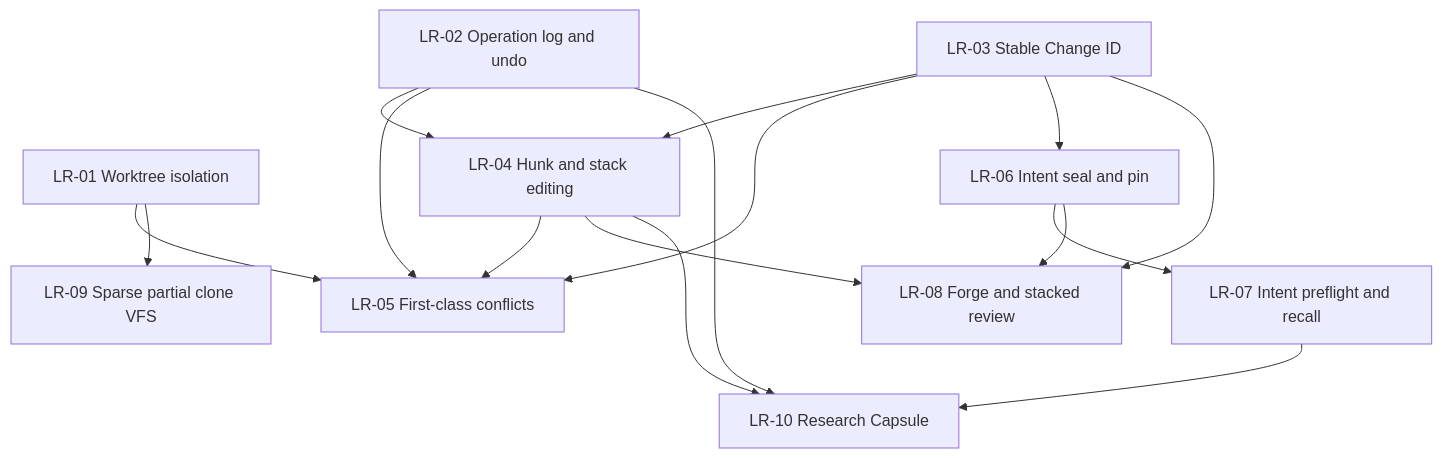
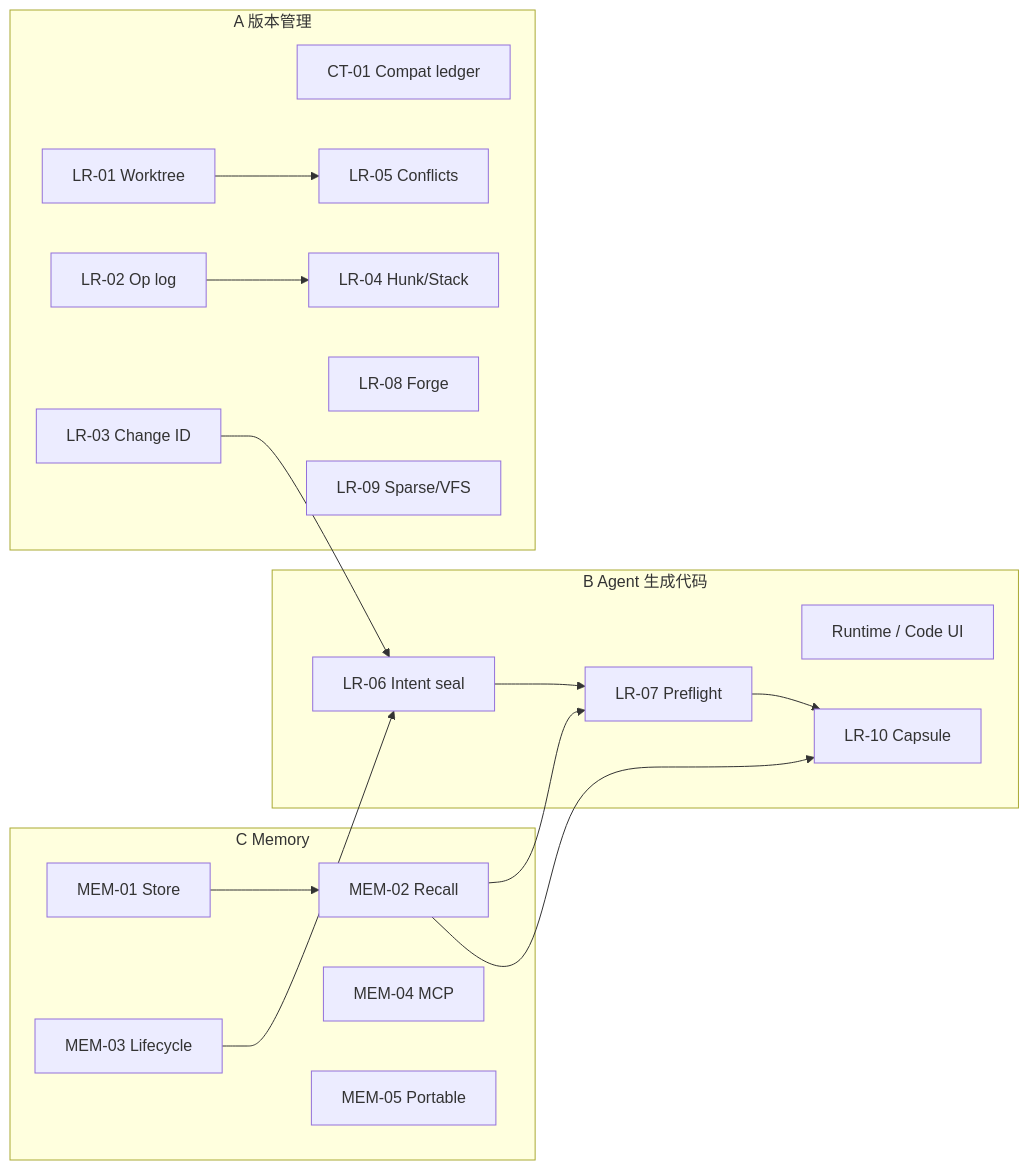
The diagram in docs/development/plan/plan-long.md (jjl9807/libra), drawn with Mermaid before and after one commit. The commit also changed other lines of this file, not shown here.

First line of the commit message:
docs(plan): restructure plan-long into VCS, agent codegen, and memory

````diff
--- a/docs/development/plan/plan-long.md
+++ b/docs/development/plan/plan-long.md
@@ -1086,29 +108,35 @@
 ```mermaid
-flowchart TD
-    LR01[LR-01 Worktree isolation]
-    LR02[LR-02 Operation log and undo]
-    LR03[LR-03 Stable Change ID]
-    LR04[LR-04 Hunk and stack editing]
-    LR05[LR-05 First-class conflicts]
-    LR06[LR-06 Intent seal and pin]
-    LR07[LR-07 Intent preflight and recall]
-    LR08[LR-08 Forge and stacked review]
-    LR09[LR-09 Sparse partial clone VFS]
-    LR10[LR-10 Research Capsule]
-
-    LR01 --> LR05
-    LR02 --> LR04
-    LR02 --> LR05
-    LR02 --> LR10
-    LR03 --> LR04
-    LR03 --> LR05
-    LR03 --> LR06
-    LR03 --> LR08
-    LR04 --> LR05
-    LR04 --> LR08
-    LR04 --> LR10
-    LR06 --> LR07
-    LR06 --> LR08
-    LR07 --> LR10
-    LR01 --> LR09
+flowchart LR
+  subgraph VCS[A 版本管理]
+    CT01[CT-01 Compat ledger]
+    LR01[LR-01 Worktree]
+    LR02[LR-02 Op log]
+    LR03[LR-03 Change ID]
+    LR04[LR-04 Hunk/Stack]
+    LR05[LR-05 Conflicts]
+    LR08[LR-08 Forge]
+    LR09[LR-09 Sparse/VFS]
+  end
+  subgraph AG[B Agent 生成代码]
+    LR06[LR-06 Intent seal]
+    LR07[LR-07 Preflight]
+    RT[Runtime / Code UI]
+    LR10[LR-10 Capsule]
+  end
+  subgraph MEM[C Memory]
+    MEM01[MEM-01 Store]
+    MEM02[MEM-02 Recall]
+    MEM03[MEM-03 Lifecycle]
+    MEM04[MEM-04 MCP]
+    MEM05[MEM-05 Portable]
+  end
+  LR01 --> LR05
+  LR02 --> LR04
+  LR03 --> LR06
+  LR06 --> LR07
+  MEM01 --> MEM02
+  MEM02 --> LR07
+  MEM03 --> LR06
+  LR07 --> LR10
+  MEM02 --> LR10
 ```
````
